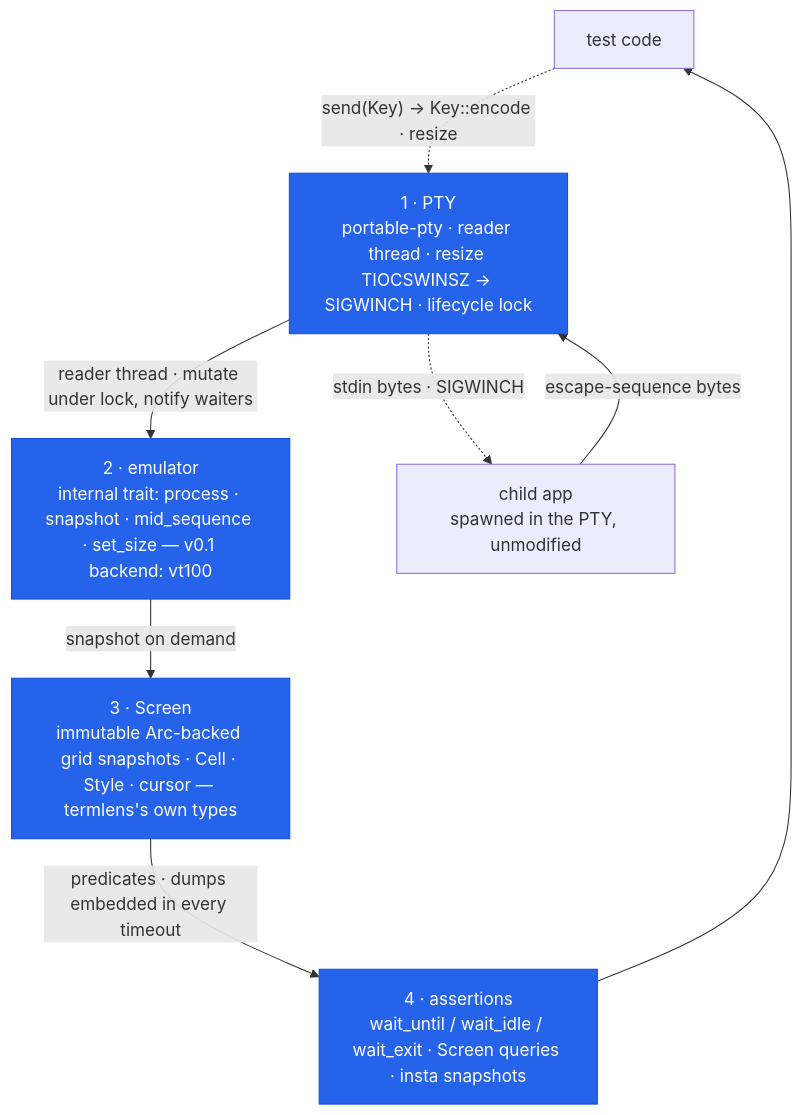
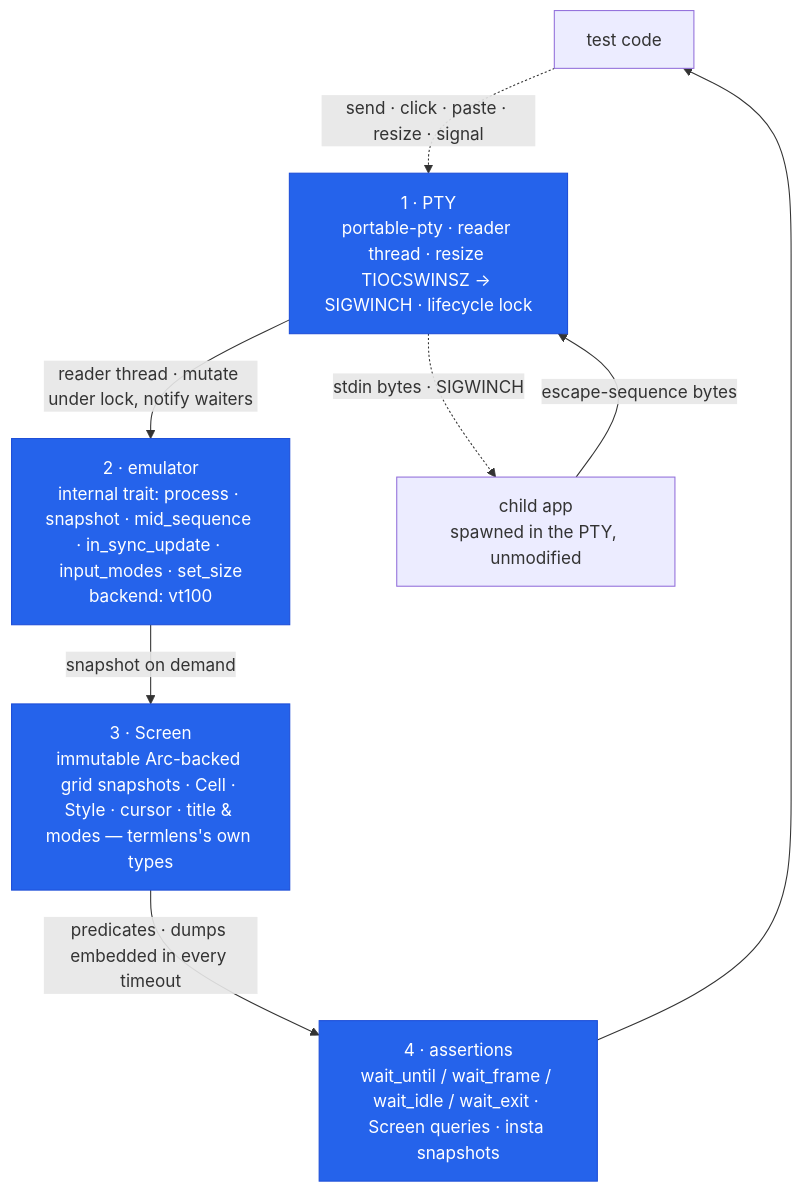
The diagram in docs/DESIGN.md (cestercian/termlens), drawn with Mermaid before and after one commit. The commit also changed other lines of this file and 6 other files, not shown here.

````diff
--- a/docs/DESIGN.md
+++ b/docs/DESIGN.md
@@ -9,19 +9,19 @@
 ```mermaid
 flowchart TB
   test["test code"]
-  l4["4 · assertions<br/>wait_until / wait_idle / wait_exit · Screen queries · insta snapshots"]
-  l3["3 · Screen<br/>immutable Arc-backed grid snapshots · Cell · Style · cursor — termlens's own types"]
-  l2["2 · emulator<br/>internal trait: process · snapshot · mid_sequence · set_size — v0.1 backend: vt100"]
+  l4["4 · assertions<br/>wait_until / wait_frame / wait_idle / wait_exit · Screen queries · insta snapshots"]
+  l3["3 · Screen<br/>immutable Arc-backed grid snapshots · Cell · Style · cursor · title & modes — termlens's own types"]
+  l2["2 · emulator<br/>internal trait: process · snapshot · mid_sequence · in_sync_update · input_modes · set_size<br/>backend: vt100"]
   l1["1 · PTY<br/>portable-pty · reader thread · resize TIOCSWINSZ → SIGWINCH · lifecycle lock"]
   app["child app<br/>spawned in the PTY, unmodified"]
 
   app -->|"escape-sequence bytes"| l1
   l1 -->|"reader thread · mutate under lock, notify waiters"| l2
   l2 -->|"snapshot on demand"| l3
   l3 -->|"predicates · dumps embedded in every timeout"| l4
   l4 --> test
-  test -.->|"send(Key) → Key::encode · resize"| l1
+  test -.->|"send · click · paste · resize · signal"| l1
   l1 -.->|"stdin bytes · SIGWINCH"| app
   classDef ours fill:#2563eb,color:#ffffff,stroke:#1d4ed8,stroke-width:1px;
   class l1,l2,l3,l4 ours
 ```
````
